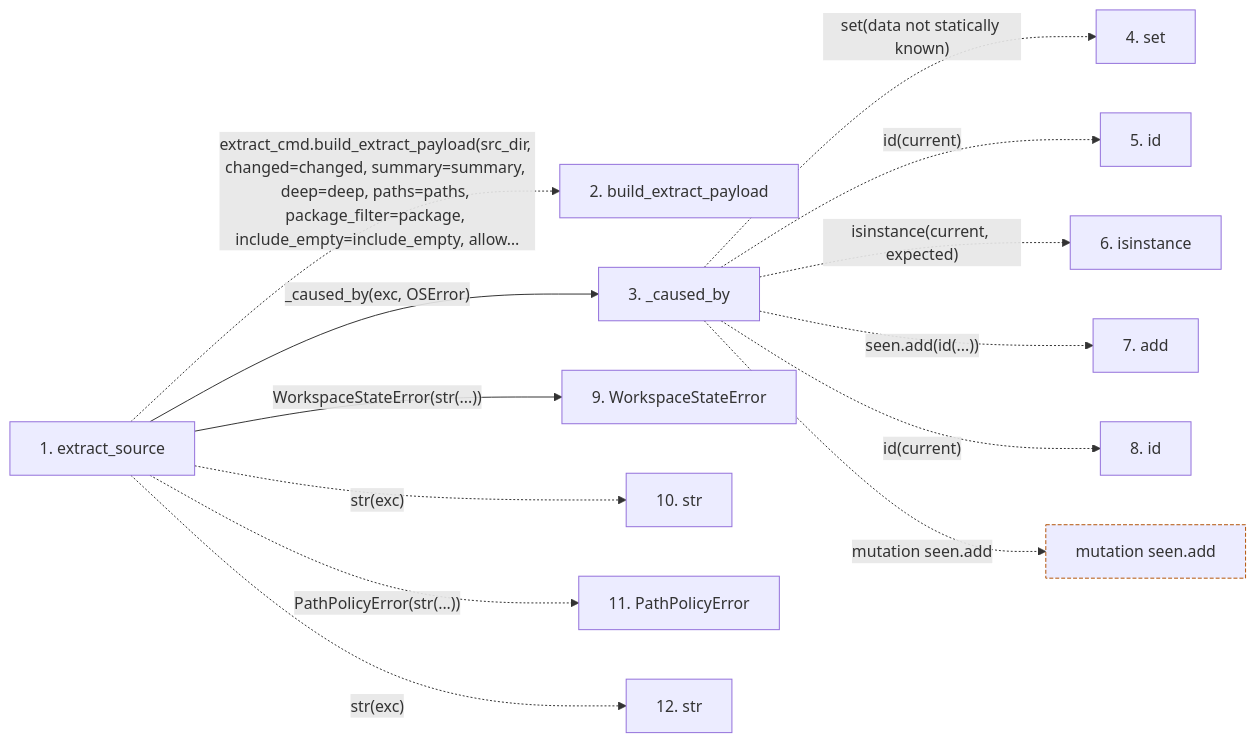
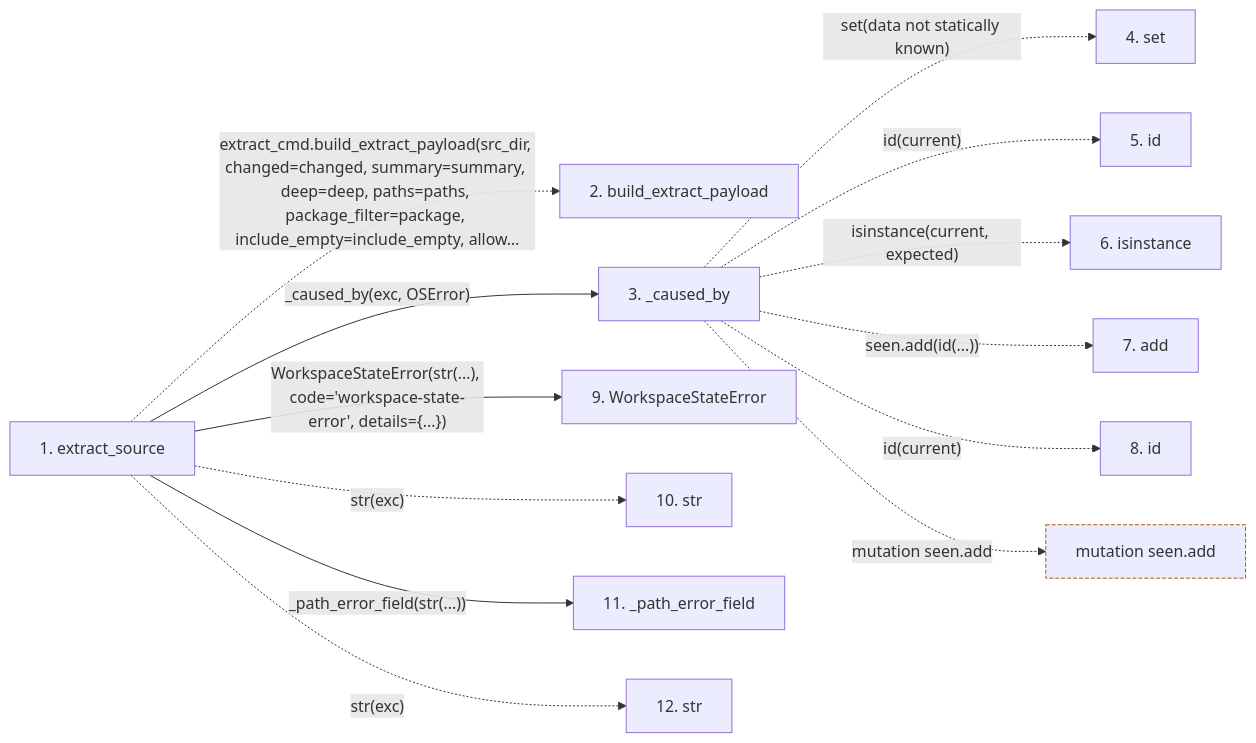
One commit to Denissvgn/python-wiki-llm changed the second of 2 diagrams in docs/llm_wiki/flows/api-extract_source.md. Above: the diagram before and after it, drawn with Mermaid. The commit also changed other lines of this file and 364 other files, not shown here.

````diff
--- a/docs/llm_wiki/flows/api-extract_source.md
+++ b/docs/llm_wiki/flows/api-extract_source.md
@@ -45,33 +50,34 @@
 ```mermaid
 flowchart LR
     s1["1. extract_source"]
     s2["2. build_extract_payload"]
     s3["3. _caused_by"]
     s4["4. set"]
     s5["5. id"]
     s6["6. isinstance"]
     s7["7. add"]
     s8["8. id"]
     s9["9. WorkspaceStateError"]
     s10["10. str"]
-    s11["11. PathPolicyError"]
+    s11["11. _path_error_field"]
     s12["12. str"]
     s1 -. "extract_cmd.build_extract_payload(src_dir, changed=changed, summary=summary, deep=deep, paths=paths, package_filter=package, include_empty=include_empty, allow…" .-> s2
     s1 -->|"_caused_by(exc, OSError)"| s3
     s3 -. "set(data not statically known)" .-> s4
     s3 -. "id(current)" .-> s5
     s3 -. "isinstance(current, expected)" .-> s6
     s3 -. "seen.add(id(...))" .-> s7
     s3 -. "id(current)" .-> s8
-    s1 -->|"WorkspaceStateError(str(...))"| s9
+    s1 -->|"WorkspaceStateError(str(...), code='workspace-state-error', details={...})"| s9
     s1 -. "str(exc)" .-> s10
-    s1 -. "PathPolicyError(str(...))" .-> s11
+    s1 -->|"_path_error_field(str(...))"| s11
     s1 -. "str(exc)" .-> s12
     b0["mutation seen.add"]
     s3 -. "mutation seen.add" .-> b0
     click s1 "../modules/api.md"
     click s3 "../modules/api.md"
     click s9 "../modules/api.md"
+    click s11 "../modules/api.md"
     classDef boundary stroke:#b45309,stroke-dasharray: 4 2
     class b0 boundary
 ```
````
